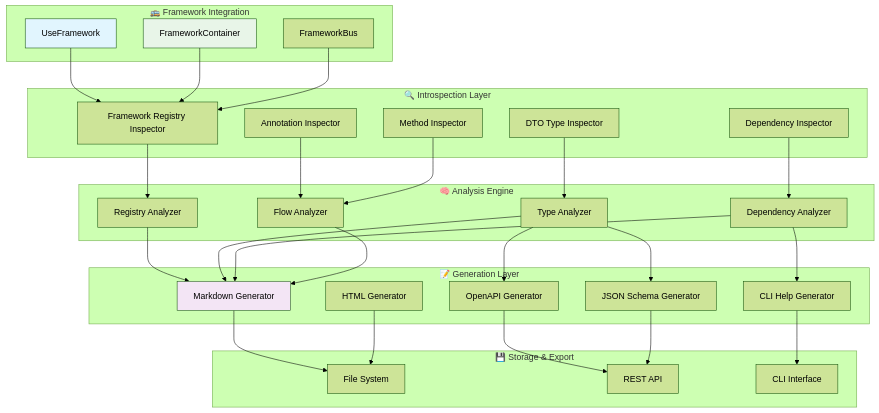
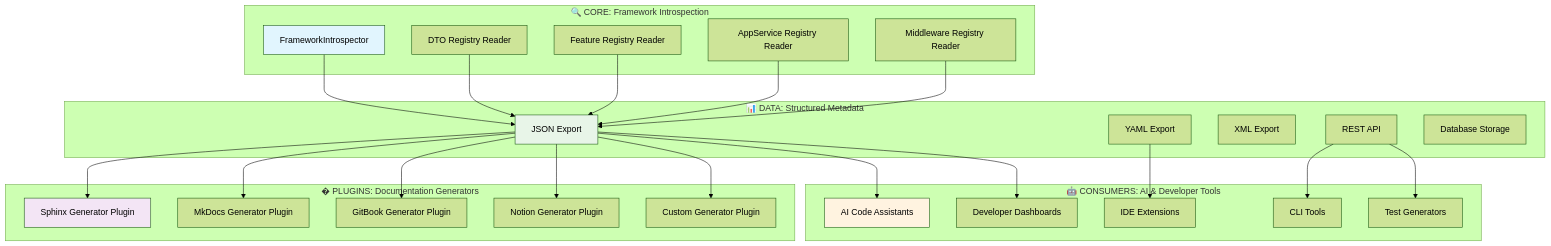
One commit to Sincpro-SRL/sincpro_framework changed the diagram in docs/design/auto_documentation_design.md. Above: the diagram before and after it, drawn with Mermaid (forest theme). The commit also changed other lines of this file and 110 other files, not shown here.

Commit message:
chore(SP-2025-1610): Add DTO registry for auto doc feature (#41)

````diff
--- a/docs/design/auto_documentation_design.md
+++ b/docs/design/auto_documentation_design.md
@@ -31,66 +31,57 @@
 ```mermaid
 graph TB
-    subgraph "🔍 Introspection Layer"
-        FRI[Framework Registry Inspector]
-        DTI[DTO Type Inspector]
-        DI[Dependency Inspector]
-        AI[Annotation Inspector]
-        MI[Method Inspector]
+    subgraph "🔍 CORE: Framework Introspection"
+        FI[FrameworkIntrospector]
+        DR[DTO Registry Reader]
+        FR[Feature Registry Reader]  
+        AR[AppService Registry Reader]
+        MR[Middleware Registry Reader]
     end
     
-    subgraph "🧠 Analysis Engine"
-        RA[Registry Analyzer]
-        TA[Type Analyzer]
-        DA[Dependency Analyzer]
-        FA[Flow Analyzer]
+    subgraph "📊 DATA: Structured Metadata"
+        JSON[JSON Export]
+        YAML[YAML Export]
+        XML[XML Export]
+        API[REST API]
+        DB[Database Storage]
     end
     
-    subgraph "📝 Generation Layer"
-        MDG[Markdown Generator]
-        OAG[OpenAPI Generator]
-        JSG[JSON Schema Generator]
-        CLIG[CLI Help Generator]
-        HG[HTML Generator]
+    subgraph "� PLUGINS: Documentation Generators"
+        SPHINX[Sphinx Generator Plugin]
+        MKDOCS[MkDocs Generator Plugin]
+        GITBOOK[GitBook Generator Plugin]
+        NOTION[Notion Generator Plugin]
+        CUSTOM[Custom Generator Plugin]
     end
     
-    subgraph "💾 Storage & Export"
-        FS[File System]
-        API[REST API]
-        CLI[CLI Interface]
+    subgraph "🤖 CONSUMERS: AI & Developer Tools"
+        AI[AI Code Assistants]
+        IDE[IDE Extensions]
+        CLI[CLI Tools]
+        DEVS[Developer Dashboards]
+        TESTS[Test Generators]
     end
     
-    subgraph "🚌 Framework Integration"
-        UF[UseFramework]
-        FC[FrameworkContainer]
-        FB[FrameworkBus]
-    end
+    FI --> JSON
+    DR --> JSON
+    FR --> JSON
+    AR --> JSON
+    MR --> JSON
     
-    UF --> FRI
-    FC --> FRI
-    FB --> FRI
+    JSON --> SPHINX
+    JSON --> MKDOCS
+    JSON --> GITBOOK
+    JSON --> NOTION
+    JSON --> CUSTOM
     
-    FRI --> RA
-    DTI --> TA
-    DI --> DA
-    AI --> FA
-    MI --> FA
+    JSON --> AI
+    YAML --> IDE
+    API --> CLI
+    JSON --> DEVS
+    API --> TESTS
     
-    RA --> MDG
-    TA --> MDG
-    DA --> MDG
-    FA --> MDG
-    
-    TA --> OAG
-    TA --> JSG
-    DA --> CLIG
-    
-    MDG --> FS
-    OAG --> API
-    JSG --> API
-    CLIG --> CLI
-    HG --> FS
-    
-    style UF fill:#e1f5fe
-    style FC fill:#e8f5e8
-    style MDG fill:#f3e5f5
+    style FI fill:#e1f5fe
+    style JSON fill:#e8f5e8
+    style SPHINX fill:#f3e5f5
+    style AI fill:#fff3e0
 ```
````
